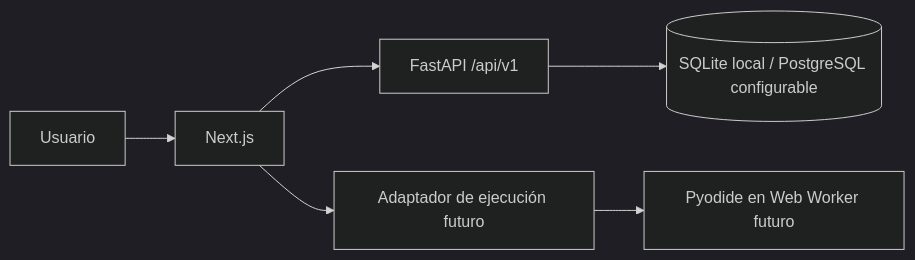
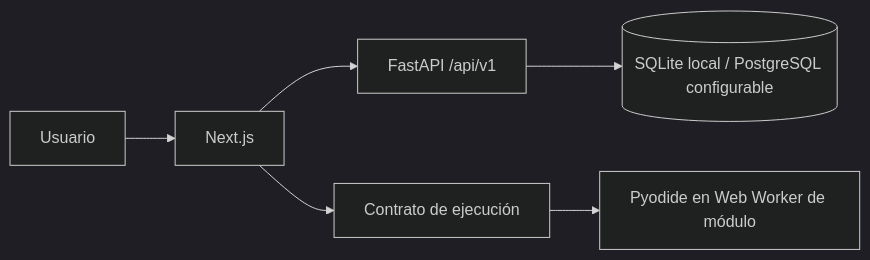
Before and after one commit to ljuarezar14/Python: the diagram in docs/architecture.md, drawn with Mermaid (dark theme). The commit also changed other lines of this file and 28 other files, not shown here.

Commit message:
feat: add Python execution with Pyodide web worker

````diff
--- a/docs/architecture.md
+++ b/docs/architecture.md
@@ -5,8 +5,8 @@
 ```mermaid
 flowchart LR
   U[Usuario] --> F[Next.js]
   F --> API[FastAPI /api/v1]
-  F --> EX[Adaptador de ejecución futuro]
-  EX --> PY[Pyodide en Web Worker futuro]
+  F --> EX[Contrato de ejecución]
+  EX --> PY[Pyodide en Web Worker de módulo]
   API --> DB[(SQLite local / PostgreSQL configurable)]
 ```
````
